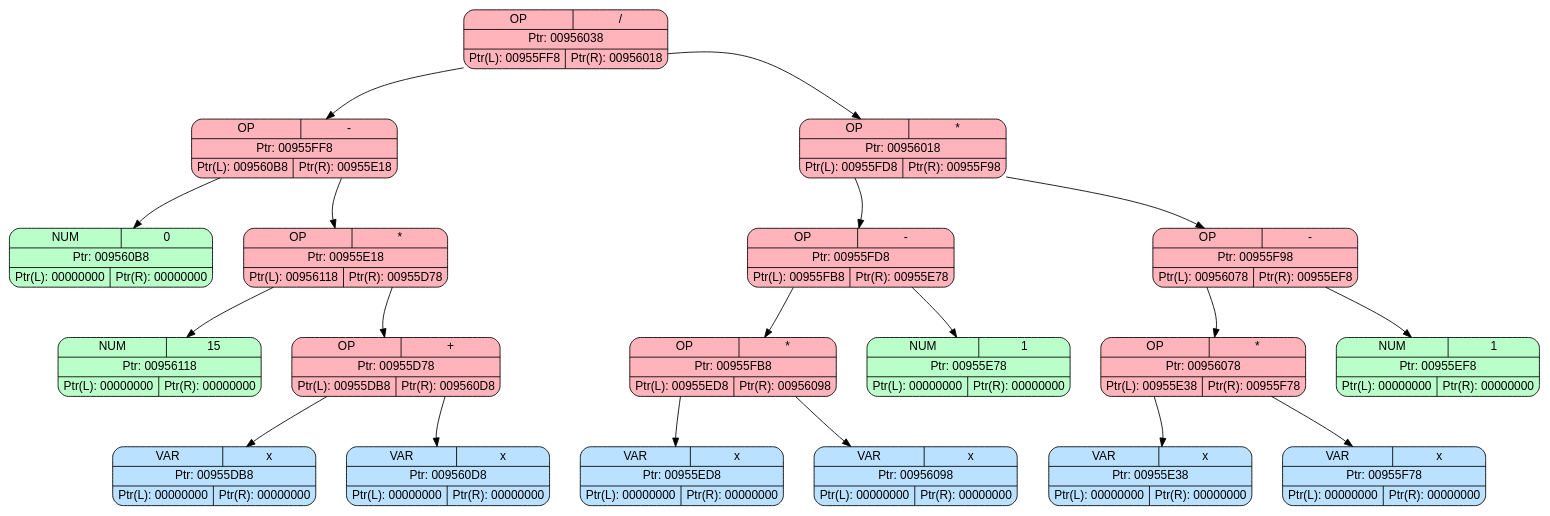
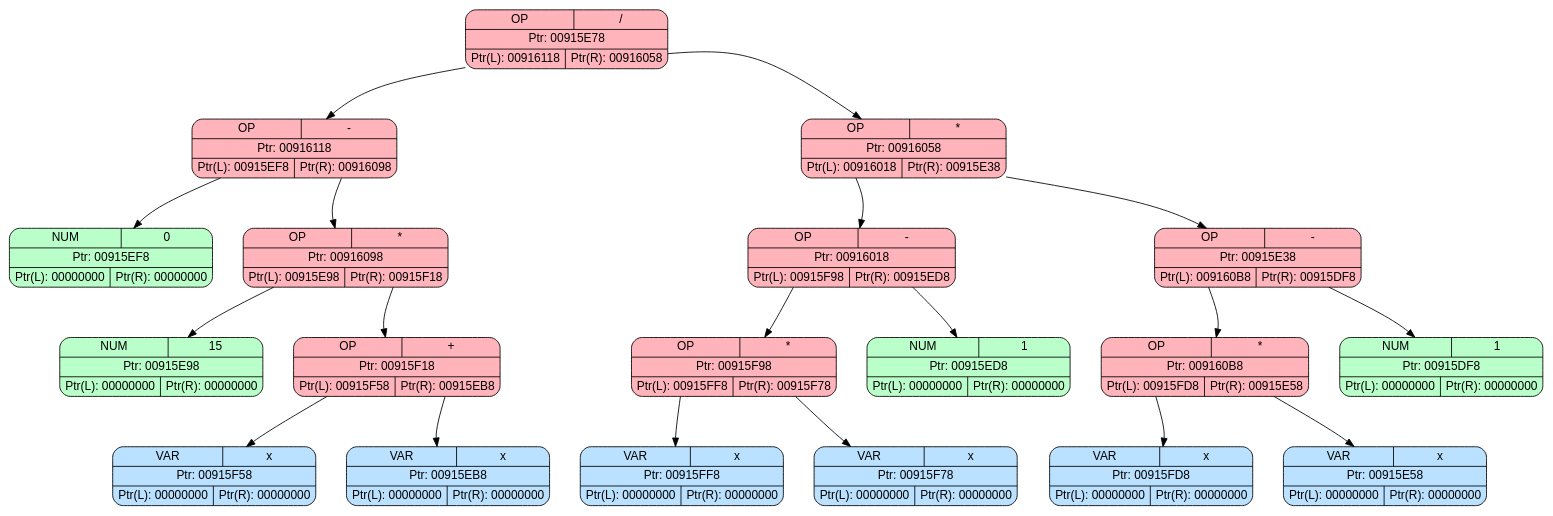
The diagram in dump.dot (YegorGr/Differentiator), drawn with Graphviz before and after one commit. The commit also changed 5 other files, not shown here.

```diff
--- a/dump.dot
+++ b/dump.dot
@@ -1,44 +1,44 @@
 digraph Tree {
     rankdir=TB;
     nodesep=0.5;
     ranksep=0.8;
     splines=curved;
     node [fontname="Arial"];
-    node_00956038 [shape=Mrecord, style=filled, fillcolor="#FFB3BA", label="{ { OP | / } | Ptr: 00956038 | { <left> Ptr(L): 00955FF8 | <right> Ptr(R): 00956018 } }"];
-    node_00955FF8 [shape=Mrecord, style=filled, fillcolor="#FFB3BA", label="{ { OP | - } | Ptr: 00955FF8 | { <left> Ptr(L): 009560B8 | <right> Ptr(R): 00955E18 } }"];
-    node_009560B8 [shape=Mrecord, style=filled, fillcolor="#BAFFC9", label="{ { NUM | 0 } | Ptr: 009560B8 | { <left> Ptr(L): 00000000 | <right> Ptr(R): 00000000 } }"];
-    node_00955FF8:left -> node_009560B8 
-    node_00955E18 [shape=Mrecord, style=filled, fillcolor="#FFB3BA", label="{ { OP | * } | Ptr: 00955E18 | { <left> Ptr(L): 00956118 | <right> Ptr(R): 00955D78 } }"];
-    node_00956118 [shape=Mrecord, style=filled, fillcolor="#BAFFC9", label="{ { NUM | 15 } | Ptr: 00956118 | { <left> Ptr(L): 00000000 | <right> Ptr(R): 00000000 } }"];
-    node_00955E18:left -> node_00956118 
-    node_00955D78 [shape=Mrecord, style=filled, fillcolor="#FFB3BA", label="{ { OP | + } | Ptr: 00955D78 | { <left> Ptr(L): 00955DB8 | <right> Ptr(R): 009560D8 } }"];
-    node_00955DB8 [shape=Mrecord, style=filled, fillcolor="#BAE1FF", label="{ { VAR | x } | Ptr: 00955DB8 | { <left> Ptr(L): 00000000 | <right> Ptr(R): 00000000 } }"];
-    node_00955D78:left -> node_00955DB8 
-    node_009560D8 [shape=Mrecord, style=filled, fillcolor="#BAE1FF", label="{ { VAR | x } | Ptr: 009560D8 | { <left> Ptr(L): 00000000 | <right> Ptr(R): 00000000 } }"];
-    node_00955D78:right -> node_009560D8 
-    node_00955E18:right -> node_00955D78 
-    node_00955FF8:right -> node_00955E18 
-    node_00956038:left -> node_00955FF8 
-    node_00956018 [shape=Mrecord, style=filled, fillcolor="#FFB3BA", label="{ { OP | * } | Ptr: 00956018 | { <left> Ptr(L): 00955FD8 | <right> Ptr(R): 00955F98 } }"];
-    node_00955FD8 [shape=Mrecord, style=filled, fillcolor="#FFB3BA", label="{ { OP | - } | Ptr: 00955FD8 | { <left> Ptr(L): 00955FB8 | <right> Ptr(R): 00955E78 } }"];
-    node_00955FB8 [shape=Mrecord, style=filled, fillcolor="#FFB3BA", label="{ { OP | * } | Ptr: 00955FB8 | { <left> Ptr(L): 00955ED8 | <right> Ptr(R): 00956098 } }"];
-    node_00955ED8 [shape=Mrecord, style=filled, fillcolor="#BAE1FF", label="{ { VAR | x } | Ptr: 00955ED8 | { <left> Ptr(L): 00000000 | <right> Ptr(R): 00000000 } }"];
-    node_00955FB8:left -> node_00955ED8 
-    node_00956098 [shape=Mrecord, style=filled, fillcolor="#BAE1FF", label="{ { VAR | x } | Ptr: 00956098 | { <left> Ptr(L): 00000000 | <right> Ptr(R): 00000000 } }"];
-    node_00955FB8:right -> node_00956098 
-    node_00955FD8:left -> node_00955FB8 
-    node_00955E78 [shape=Mrecord, style=filled, fillcolor="#BAFFC9", label="{ { NUM | 1 } | Ptr: 00955E78 | { <left> Ptr(L): 00000000 | <right> Ptr(R): 00000000 } }"];
-    node_00955FD8:right -> node_00955E78 
-    node_00956018:left -> node_00955FD8 
-    node_00955F98 [shape=Mrecord, style=filled, fillcolor="#FFB3BA", label="{ { OP | - } | Ptr: 00955F98 | { <left> Ptr(L): 00956078 | <right> Ptr(R): 00955EF8 } }"];
-    node_00956078 [shape=Mrecord, style=filled, fillcolor="#FFB3BA", label="{ { OP | * } | Ptr: 00956078 | { <left> Ptr(L): 00955E38 | <right> Ptr(R): 00955F78 } }"];
-    node_00955E38 [shape=Mrecord, style=filled, fillcolor="#BAE1FF", label="{ { VAR | x } | Ptr: 00955E38 | { <left> Ptr(L): 00000000 | <right> Ptr(R): 00000000 } }"];
-    node_00956078:left -> node_00955E38 
-    node_00955F78 [shape=Mrecord, style=filled, fillcolor="#BAE1FF", label="{ { VAR | x } | Ptr: 00955F78 | { <left> Ptr(L): 00000000 | <right> Ptr(R): 00000000 } }"];
-    node_00956078:right -> node_00955F78 
-    node_00955F98:left -> node_00956078 
-    node_00955EF8 [shape=Mrecord, style=filled, fillcolor="#BAFFC9", label="{ { NUM | 1 } | Ptr: 00955EF8 | { <left> Ptr(L): 00000000 | <right> Ptr(R): 00000000 } }"];
-    node_00955F98:right -> node_00955EF8 
-    node_00956018:right -> node_00955F98 
-    node_00956038:right -> node_00956018 
+    node_00915E78 [shape=Mrecord, style=filled, fillcolor="#FFB3BA", label="{ { OP | / } | Ptr: 00915E78 | { <left> Ptr(L): 00916118 | <right> Ptr(R): 00916058 } }"];
+    node_00916118 [shape=Mrecord, style=filled, fillcolor="#FFB3BA", label="{ { OP | - } | Ptr: 00916118 | { <left> Ptr(L): 00915EF8 | <right> Ptr(R): 00916098 } }"];
+    node_00915EF8 [shape=Mrecord, style=filled, fillcolor="#BAFFC9", label="{ { NUM | 0 } | Ptr: 00915EF8 | { <left> Ptr(L): 00000000 | <right> Ptr(R): 00000000 } }"];
+    node_00916118:left -> node_00915EF8 
+    node_00916098 [shape=Mrecord, style=filled, fillcolor="#FFB3BA", label="{ { OP | * } | Ptr: 00916098 | { <left> Ptr(L): 00915E98 | <right> Ptr(R): 00915F18 } }"];
+    node_00915E98 [shape=Mrecord, style=filled, fillcolor="#BAFFC9", label="{ { NUM | 15 } | Ptr: 00915E98 | { <left> Ptr(L): 00000000 | <right> Ptr(R): 00000000 } }"];
+    node_00916098:left -> node_00915E98 
+    node_00915F18 [shape=Mrecord, style=filled, fillcolor="#FFB3BA", label="{ { OP | + } | Ptr: 00915F18 | { <left> Ptr(L): 00915F58 | <right> Ptr(R): 00915EB8 } }"];
+    node_00915F58 [shape=Mrecord, style=filled, fillcolor="#BAE1FF", label="{ { VAR | x } | Ptr: 00915F58 | { <left> Ptr(L): 00000000 | <right> Ptr(R): 00000000 } }"];
+    node_00915F18:left -> node_00915F58 
+    node_00915EB8 [shape=Mrecord, style=filled, fillcolor="#BAE1FF", label="{ { VAR | x } | Ptr: 00915EB8 | { <left> Ptr(L): 00000000 | <right> Ptr(R): 00000000 } }"];
+    node_00915F18:right -> node_00915EB8 
+    node_00916098:right -> node_00915F18 
+    node_00916118:right -> node_00916098 
+    node_00915E78:left -> node_00916118 
+    node_00916058 [shape=Mrecord, style=filled, fillcolor="#FFB3BA", label="{ { OP | * } | Ptr: 00916058 | { <left> Ptr(L): 00916018 | <right> Ptr(R): 00915E38 } }"];
+    node_00916018 [shape=Mrecord, style=filled, fillcolor="#FFB3BA", label="{ { OP | - } | Ptr: 00916018 | { <left> Ptr(L): 00915F98 | <right> Ptr(R): 00915ED8 } }"];
+    node_00915F98 [shape=Mrecord, style=filled, fillcolor="#FFB3BA", label="{ { OP | * } | Ptr: 00915F98 | { <left> Ptr(L): 00915FF8 | <right> Ptr(R): 00915F78 } }"];
+    node_00915FF8 [shape=Mrecord, style=filled, fillcolor="#BAE1FF", label="{ { VAR | x } | Ptr: 00915FF8 | { <left> Ptr(L): 00000000 | <right> Ptr(R): 00000000 } }"];
+    node_00915F98:left -> node_00915FF8 
+    node_00915F78 [shape=Mrecord, style=filled, fillcolor="#BAE1FF", label="{ { VAR | x } | Ptr: 00915F78 | { <left> Ptr(L): 00000000 | <right> Ptr(R): 00000000 } }"];
+    node_00915F98:right -> node_00915F78 
+    node_00916018:left -> node_00915F98 
+    node_00915ED8 [shape=Mrecord, style=filled, fillcolor="#BAFFC9", label="{ { NUM | 1 } | Ptr: 00915ED8 | { <left> Ptr(L): 00000000 | <right> Ptr(R): 00000000 } }"];
+    node_00916018:right -> node_00915ED8 
+    node_00916058:left -> node_00916018 
+    node_00915E38 [shape=Mrecord, style=filled, fillcolor="#FFB3BA", label="{ { OP | - } | Ptr: 00915E38 | { <left> Ptr(L): 009160B8 | <right> Ptr(R): 00915DF8 } }"];
+    node_009160B8 [shape=Mrecord, style=filled, fillcolor="#FFB3BA", label="{ { OP | * } | Ptr: 009160B8 | { <left> Ptr(L): 00915FD8 | <right> Ptr(R): 00915E58 } }"];
+    node_00915FD8 [shape=Mrecord, style=filled, fillcolor="#BAE1FF", label="{ { VAR | x } | Ptr: 00915FD8 | { <left> Ptr(L): 00000000 | <right> Ptr(R): 00000000 } }"];
+    node_009160B8:left -> node_00915FD8 
+    node_00915E58 [shape=Mrecord, style=filled, fillcolor="#BAE1FF", label="{ { VAR | x } | Ptr: 00915E58 | { <left> Ptr(L): 00000000 | <right> Ptr(R): 00000000 } }"];
+    node_009160B8:right -> node_00915E58 
+    node_00915E38:left -> node_009160B8 
+    node_00915DF8 [shape=Mrecord, style=filled, fillcolor="#BAFFC9", label="{ { NUM | 1 } | Ptr: 00915DF8 | { <left> Ptr(L): 00000000 | <right> Ptr(R): 00000000 } }"];
+    node_00915E38:right -> node_00915DF8 
+    node_00916058:right -> node_00915E38 
+    node_00915E78:right -> node_00916058 
 }
```
